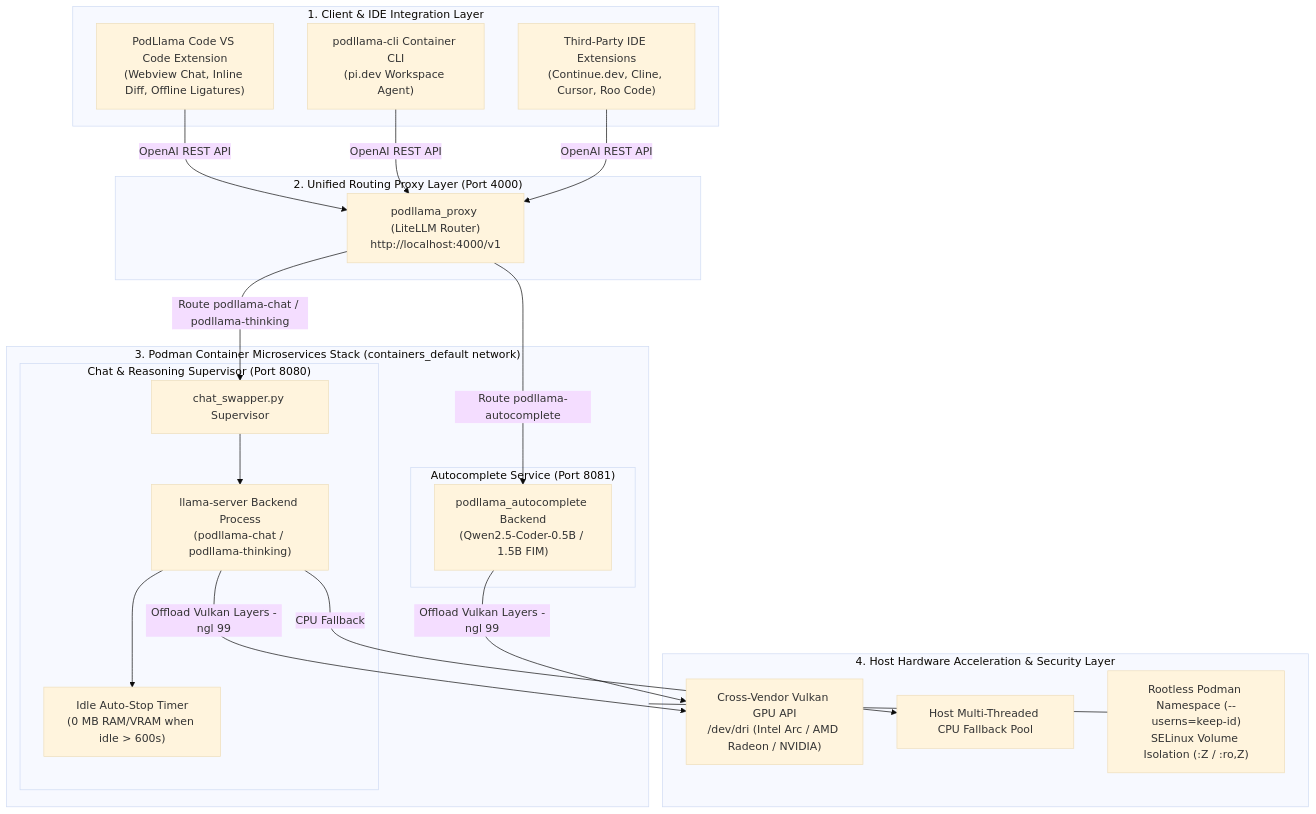
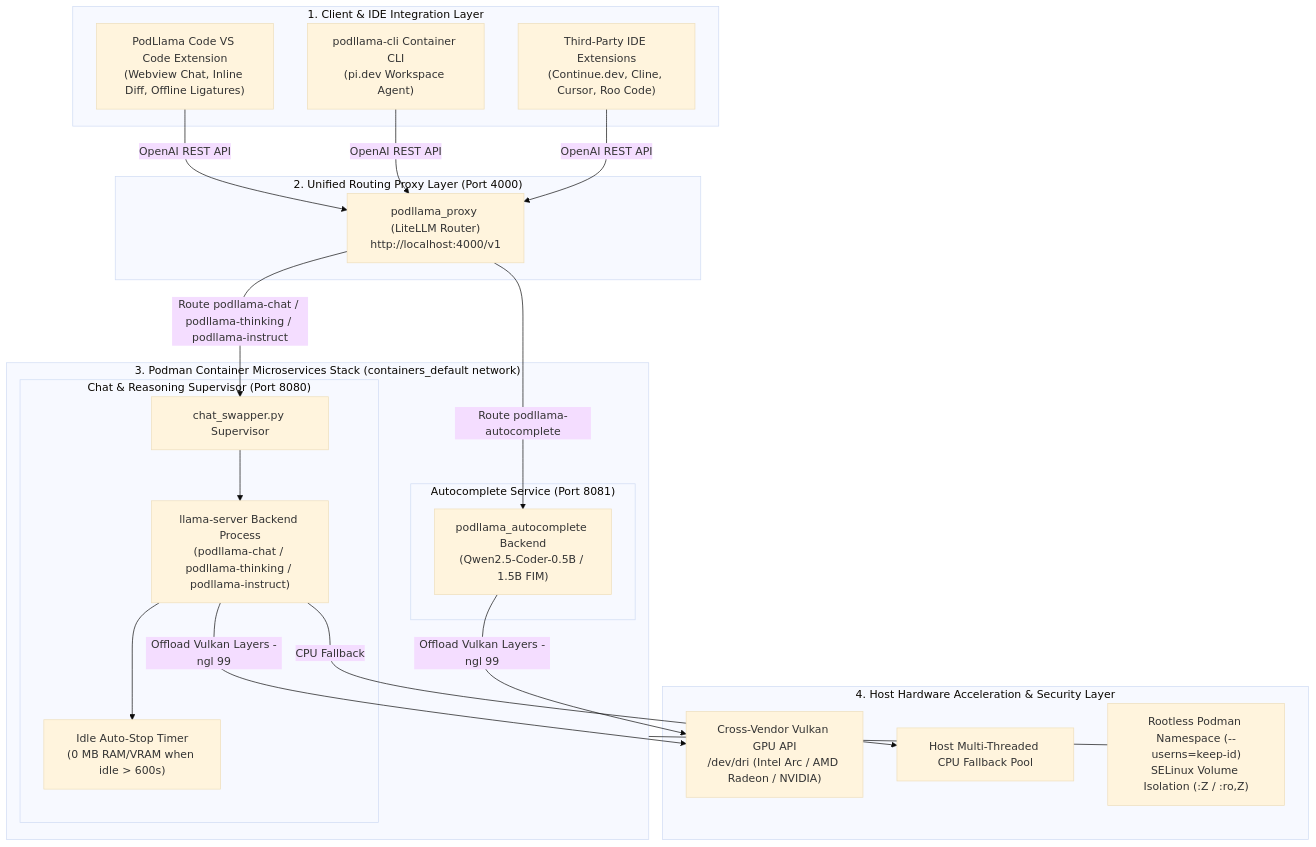
Before and after one commit to archanpaul/podllama: the first of 4 diagrams in docs/design.md, drawn with Mermaid (base theme). The commit also changed 2 other files, not shown here.

Commit message:
Update README and documentation for podllama-instruct and status bar health monitor

````diff
--- a/docs/design.md
+++ b/docs/design.md
@@ -16,46 +16,46 @@
 ```mermaid
 flowchart TB
     subgraph IDE_CLIENT_LAYER["1. Client & IDE Integration Layer"]
         VSCodeExt["PodLlama Code VS Code Extension\n(Webview Chat, Inline Diff, Offline Ligatures)"]
         PodLlamaCLI["podllama-cli Container CLI\n(pi.dev Workspace Agent)"]
         ExternalIDE["Third-Party IDE Extensions\n(Continue.dev, Cline, Cursor, Roo Code)"]
     end
 
     subgraph PROXY_LAYER["2. Unified Routing Proxy Layer (Port 4000)"]
         LiteLLMProxy["podllama_proxy (LiteLLM Router)\nhttp://localhost:4000/v1"]
     end
 
     subgraph BACKEND_STACK["3. Podman Container Microservices Stack (containers_default network)"]
         subgraph CHAT_SUPERVISOR["Chat & Reasoning Supervisor (Port 8080)"]
             Swapper["chat_swapper.py Supervisor"]
-            LlamaChat["llama-server Backend Process\n(podllama-chat / podllama-thinking)"]
+            LlamaChat["llama-server Backend Process\n(podllama-chat / podllama-thinking / podllama-instruct)"]
             IdleTimer["Idle Auto-Stop Timer\n(0 MB RAM/VRAM when idle > 600s)"]
             Swapper --> LlamaChat
             LlamaChat --> IdleTimer
         end
 
         subgraph AUTOCOMPLETE_SERVICE["Autocomplete Service (Port 8081)"]
             LlamaAuto["podllama_autocomplete Backend\n(Qwen2.5-Coder-0.5B / 1.5B FIM)"]
         end
     end
 
     subgraph HARDWARE_SECURITY_LAYER["4. Host Hardware Acceleration & Security Layer"]
         VulkanGPU["Cross-Vendor Vulkan GPU API\n/dev/dri (Intel Arc / AMD Radeon / NVIDIA)"]
         CPUPool["Host Multi-Threaded CPU Fallback Pool"]
         RootlessSELinux["Rootless Podman Namespace (--userns=keep-id)\nSELinux Volume Isolation (:Z / :ro,Z)"]
     end
 
     %% Flow Connections
     VSCodeExt -->|OpenAI REST API| LiteLLMProxy
     PodLlamaCLI -->|OpenAI REST API| LiteLLMProxy
     ExternalIDE -->|OpenAI REST API| LiteLLMProxy
 
-    LiteLLMProxy -->|Route podllama-chat / podllama-thinking| Swapper
+    LiteLLMProxy -->|Route podllama-chat / podllama-thinking / podllama-instruct| Swapper
     LiteLLMProxy -->|Route podllama-autocomplete| LlamaAuto
 
     LlamaChat -->|Offload Vulkan Layers -ngl 99| VulkanGPU
     LlamaChat -->|CPU Fallback| CPUPool
     LlamaAuto -->|Offload Vulkan Layers -ngl 99| VulkanGPU
 
     BACKEND_STACK --- RootlessSELinux
 ```
````
